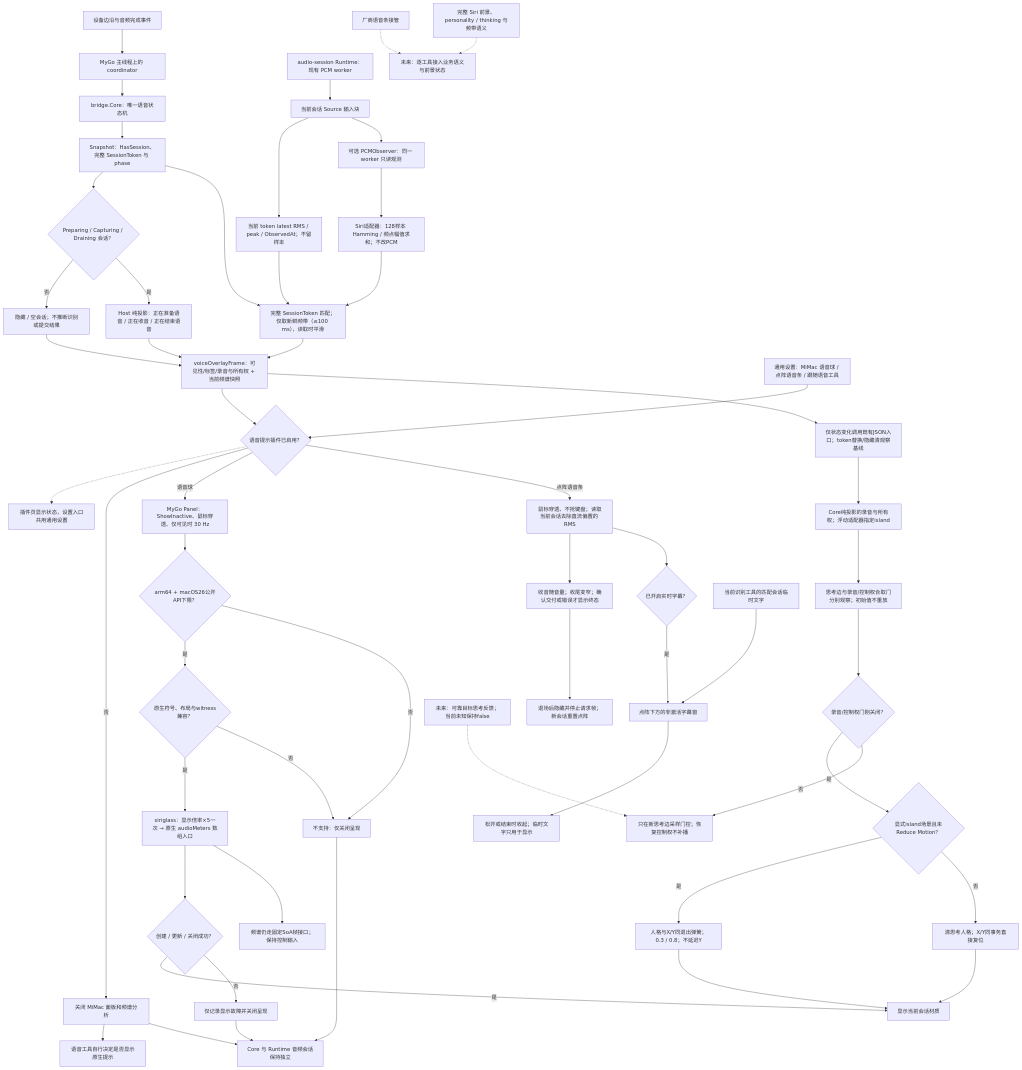
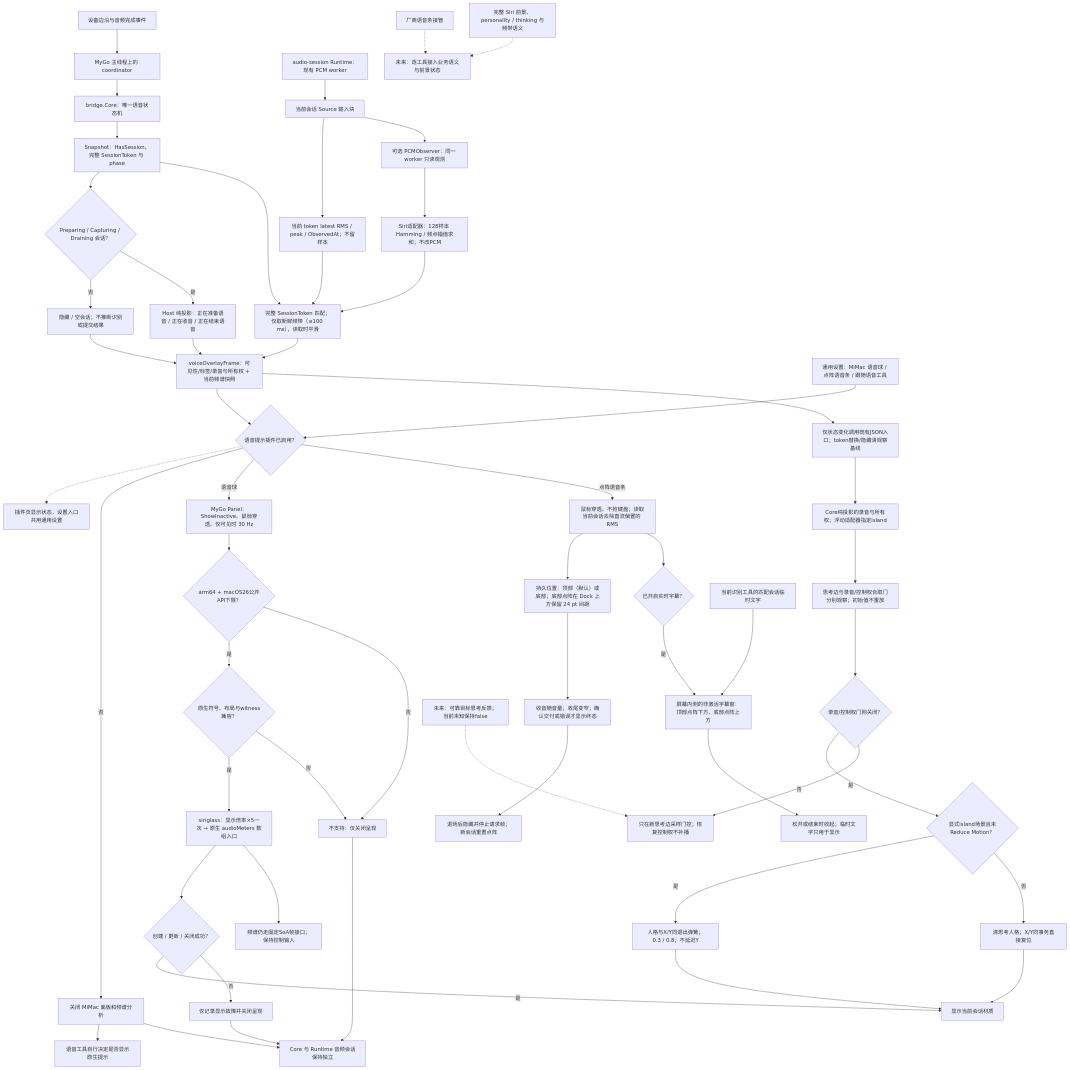
One commit to daftAI2026/MiMac changed the diagram in tools/workbench/diagrams/voice-presentation-boundary.mmd. Above: the diagram before and after it, drawn with Mermaid. The commit also changed 11 other files, not shown here.

```diff
--- a/tools/workbench/diagrams/voice-presentation-boundary.mmd
+++ b/tools/workbench/diagrams/voice-presentation-boundary.mmd
@@ -1,60 +1,61 @@
 flowchart TD
     input["设备边沿与音频完成事件"] --> owner["MyGo 主线程上的 coordinator"]
     owner --> core["bridge.Core：唯一语音状态机"]
     core --> snapshot["Snapshot：HasSession、完整 SessionToken 与 phase"]
     snapshot --> active{"Preparing / Capturing / Draining 会话？"}
     active -->|否| idle["隐藏 / 空会话；不推断识别或提交结果"]
     active -->|是| phase["Host 纯投影：正在准备语音 / 正在收音 / 正在结束语音"]
 
     runtime["audio-session Runtime：现有 PCM worker"] --> source["当前会话 Source 输入块"]
     source --> meter["当前 token latest RMS / peak / ObservedAt；不留样本"]
     source --> observer["可选 PCMObserver：同一 worker 只读观测"]
     observer --> spectrum["Siri适配器：128样本 Hamming / 频点幅值求和；不改PCM"]
     snapshot --> match["完整 SessionToken 匹配；仅取新鲜频带（≤100 ms），读取时平滑"]
     meter --> match
     spectrum --> match
     phase --> frame["voiceOverlayFrame：可见性/标签/录音与所有权 + 当前频谱快照"]
     match --> frame
     idle --> frame
 
     preference["通用设置：MiMac 语音球 / 点阵语音条 / 跟随语音工具"] --> enabled{"语音提示插件已启用？"}
     enabled -.-> status["插件页显示状态，设置入口共用通用设置"]
     frame --> enabled
     enabled -->|否| hidden["关闭 MiMac 面板和频谱分析"]
     hidden --> toolDisplay["语音工具自行决定是否显示原生提示"]
     enabled -->|语音球| panel["MyGo Panel：ShowInactive、鼠标穿透、仅可见时 30 Hz"]
     enabled -->|点阵语音条| dots["鼠标穿透、不抢键盘；读取当前会话去除直流偏置的 RMS"]
-    dots --> motion["收音随音量；收尾变窄；确认交付或错误才显示终态"]
+    dots --> placement["持久位置：顶部（默认）或底部；底部点阵在 Dock 上方保留 24 pt 间距"]
+    placement --> motion["收音随音量；收尾变窄；确认交付或错误才显示终态"]
     motion --> rest["退场后隐藏并停止请求帧；新会话重置点阵"]
     panel --> gate{"arm64 + macOS26公开API下限？"}
     gate -->|是| capability{"原生符号、布局与witness兼容？"}
     capability -->|是| renderer["siriglass：显示倍率×5一次 → 原生 audioMeters 数组入口"]
     capability -->|否| unsupported
     gate -->|否| unsupported["不支持：仅关闭呈现"]
     renderer --> operation{"创建 / 更新 / 关闭成功？"}
     operation -->|是| material["显示当前会话材质"]
     operation -->|否| failure["仅记录显示故障并关闭呈现"]
     hidden --> audio["Core 与 Runtime 音频会话保持独立"]
     unsupported --> audio
     failure --> audio
 
     vendor["厂商语音条接管"] -.-> future["未来：逐工具接入业务语义与前景状态"]
     siri["完整 Siri 前景、personality / thinking 与频带语义"] -.-> future
 
     explicit["Core纯投影的录音与所有权；浮动适配器指定island"] --> nativeEdges["思考边与录音/控制权合取门分别观察；初始值不重放"]
     frame --> controls["仅状态变化调用既有JSON入口；token替换/隐藏清观察基线"]
     controls --> explicit
     renderer --> arrays["频谱仍走固定SoA帧接口；保持控制输入"]
     nativeEdges --> exitGate{"录音/控制权门刚关闭？"}
     exitGate -->|是| exitScene{"显式island场景且未Reduce Motion？"}
     exitScene -->|是| resetAnimated["人格与X/Y同退出弹簧；0.3 / 0.8；不延迟Y"]
     exitScene -->|否| reset["清思考人格；X/Y同事务直接复位"]
     exitGate -->|否| thinkEdge["只在新思考边采样门控；恢复控制权不补播"]
     reset --> material
     resetAnimated --> material
     target["未来：可靠目标思考反馈；当前未知保持false"] -.-> thinkEdge
 
     dots --> captionPref{"已开启实时字幕？"}
-    captionPref -->|是| caption["点阵下方的非激活字幕窗"]
+    captionPref -->|是| caption["屏幕内侧的非激活字幕窗：顶部点阵下方、底部点阵上方"]
     incoming["当前识别工具的匹配会话临时文字"] --> caption
     caption --> releaseCaption["松开或结束时收起；临时文字只用于显示"]
```
